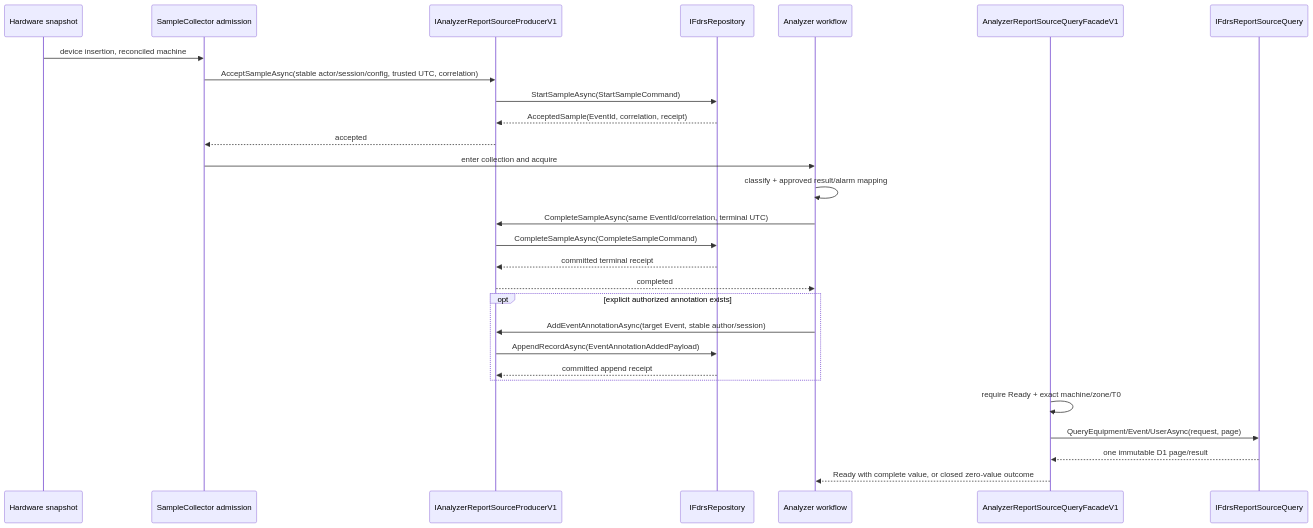
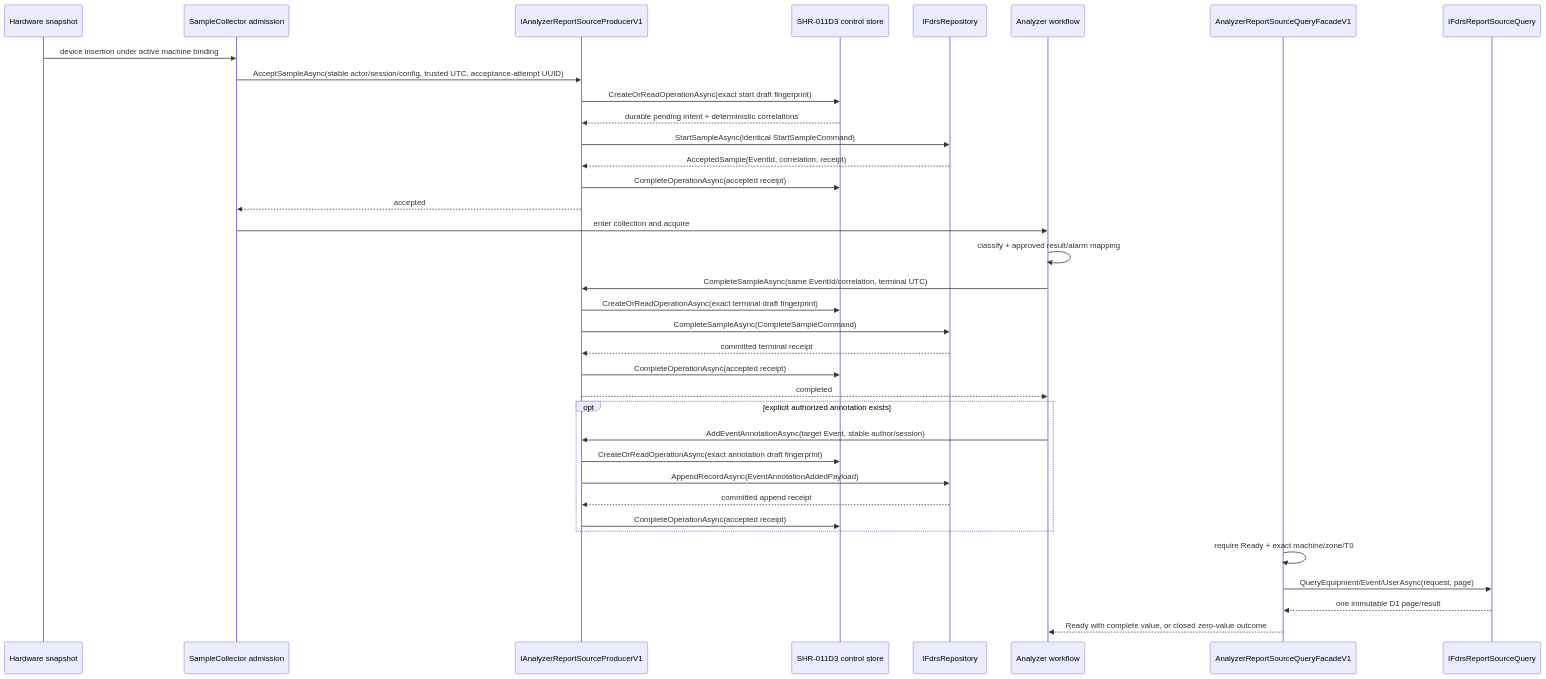
One commit to bmello4688/BrukerAgentSystem changed the first of 6 diagrams in agent-os/specs/2026-11-23-tq-011a-source-producer-adr/sequence-diagrams.md. Above: the diagram before and after it, drawn with Mermaid. The commit also changed other lines of this file and 9 other files, not shown here.

````diff
--- a/agent-os/specs/2026-11-23-tq-011a-source-producer-adr/sequence-diagrams.md
+++ b/agent-os/specs/2026-11-23-tq-011a-source-producer-adr/sequence-diagrams.md
@@ -5,31 +5,39 @@
 ```mermaid
 sequenceDiagram
     participant HW as Hardware snapshot
     participant SC as SampleCollector admission
     participant P as IAnalyzerReportSourceProducerV1
+    participant C as SHR-011D3 control store
     participant R as IFdrsRepository
     participant A as Analyzer workflow
     participant Q as AnalyzerReportSourceQueryFacadeV1
     participant D2 as IFdrsReportSourceQuery
 
-    HW->>SC: device insertion, reconciled machine
-    SC->>P: AcceptSampleAsync(stable actor/session/config, trusted UTC, correlation)
-    P->>R: StartSampleAsync(StartSampleCommand)
+    HW->>SC: device insertion under active machine binding
+    SC->>P: AcceptSampleAsync(stable actor/session/config, trusted UTC, acceptance-attempt UUID)
+    P->>C: CreateOrReadOperationAsync(exact start draft fingerprint)
+    C-->>P: durable pending intent + deterministic correlations
+    P->>R: StartSampleAsync(identical StartSampleCommand)
     R-->>P: AcceptedSample(EventId, correlation, receipt)
+    P->>C: CompleteOperationAsync(accepted receipt)
     P-->>SC: accepted
     SC->>A: enter collection and acquire
     A->>A: classify + approved result/alarm mapping
     A->>P: CompleteSampleAsync(same EventId/correlation, terminal UTC)
+    P->>C: CreateOrReadOperationAsync(exact terminal draft fingerprint)
     P->>R: CompleteSampleAsync(CompleteSampleCommand)
     R-->>P: committed terminal receipt
+    P->>C: CompleteOperationAsync(accepted receipt)
     P-->>A: completed
     opt explicit authorized annotation exists
         A->>P: AddEventAnnotationAsync(target Event, stable author/session)
+        P->>C: CreateOrReadOperationAsync(exact annotation draft fingerprint)
         P->>R: AppendRecordAsync(EventAnnotationAddedPayload)
         R-->>P: committed append receipt
+        P->>C: CompleteOperationAsync(accepted receipt)
     end
     Q->>Q: require Ready + exact machine/zone/T0
     Q->>D2: QueryEquipment/Event/UserAsync(request, page)
     D2-->>Q: one immutable D1 page/result
     Q-->>A: Ready with complete value, or closed zero-value outcome
 ```
````
